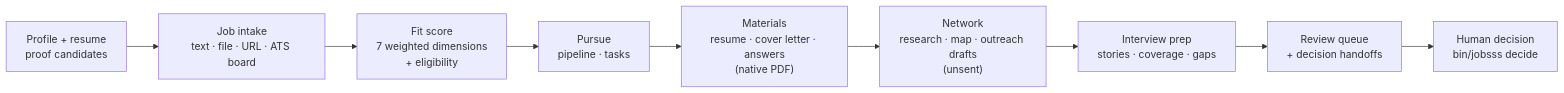
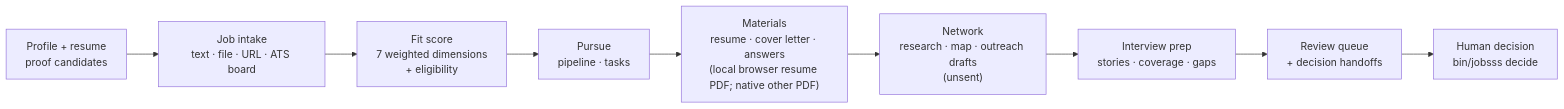
Before and after one commit to lpbangun/jobsss: the diagram in README.md, drawn with Mermaid. The commit also changed other lines of this file and 40 other files, not shown here.

````diff
--- a/README.md
+++ b/README.md
@@ -214,11 +214,11 @@
 ```mermaid
 flowchart LR
   P["Profile + resume<br/>proof candidates"] --> I["Job intake<br/>text · file · URL · ATS board"]
   I --> S["Fit score<br/>7 weighted dimensions<br/>+ eligibility"]
   S --> U["Pursue<br/>pipeline · tasks"]
-  U --> M["Materials<br/>resume · cover letter · answers<br/>(native PDF)"]
+  U --> M["Materials<br/>resume · cover letter · answers<br/>(local browser resume PDF; native other PDF)"]
   M --> N["Network<br/>research · map · outreach drafts<br/>(unsent)"]
   N --> V["Interview prep<br/>stories · coverage · gaps"]
   V --> R["Review queue<br/>+ decision handoffs"]
   R --> H["Human decision<br/>bin/jobsss decide"]
 ```
````
